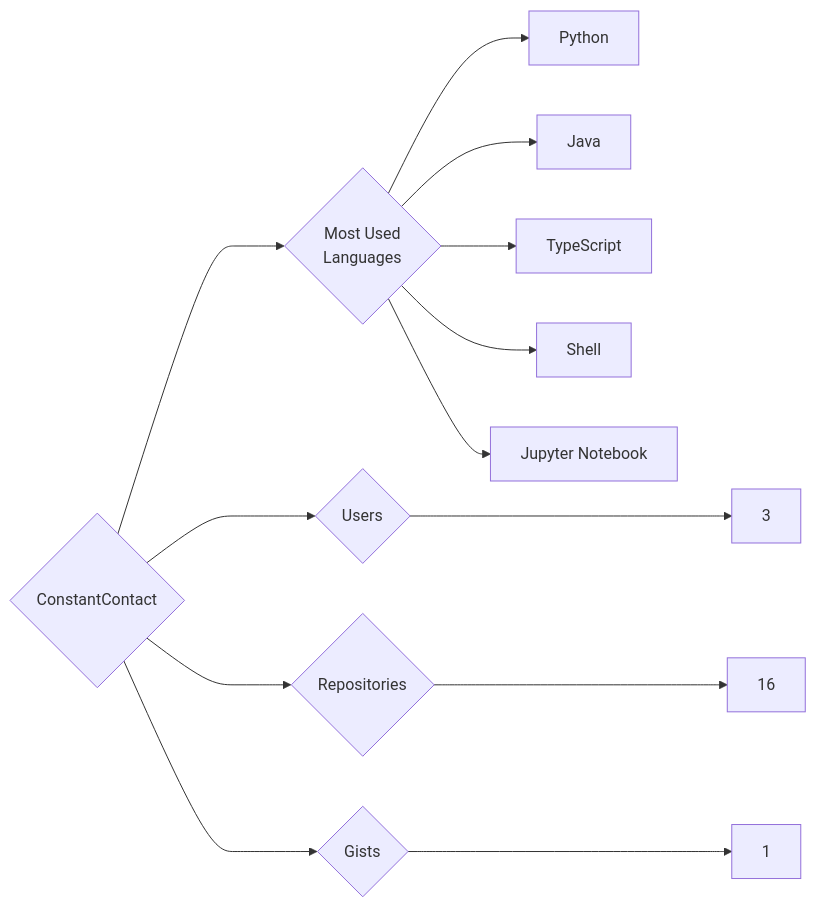
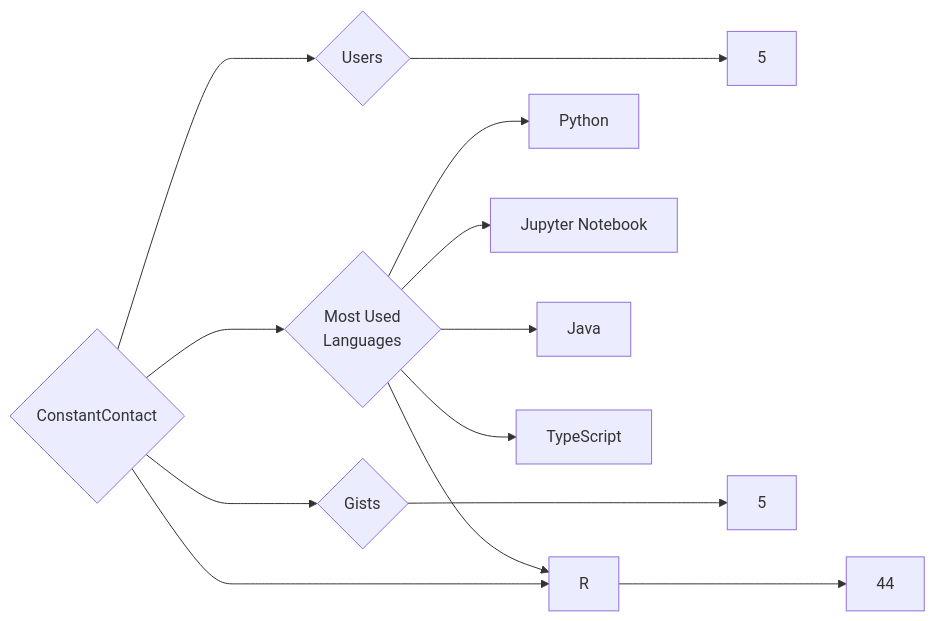
The diagram in targets/ConstantContact/README.md (trickest/insiders), drawn with Mermaid before and after one commit. The commit also changed 618 other files, not shown here.

````diff
--- a/targets/ConstantContact/README.md
+++ b/targets/ConstantContact/README.md
@@ -3,13 +3,13 @@
 ```mermaid
 graph LR
 COMPANY_NAME{ConstantContact}
-COMPANY_NAME ---> U{Users} ---> UN[3]
-COMPANY_NAME ---> R{Repositories} ---> RN[16]
-COMPANY_NAME ---> G{Gists} ---> GN[1]
+COMPANY_NAME ---> U{Users} ---> UN[5]
+COMPANY_NAME ---> R{Repositories} ---> RN[44]
+COMPANY_NAME ---> G{Gists} ---> GN[5]
 COMPANY_NAME ---> ML{Most Used<br>Languages}
 ML --> Python[Python]
+ML --> R[R]
+ML --> Jupyter_Notebook[Jupyter Notebook]
 ML --> Java[Java]
 ML --> TypeScript[TypeScript]
-ML --> Shell[Shell]
-ML --> Jupyter_Notebook[Jupyter Notebook]
 ```
````
